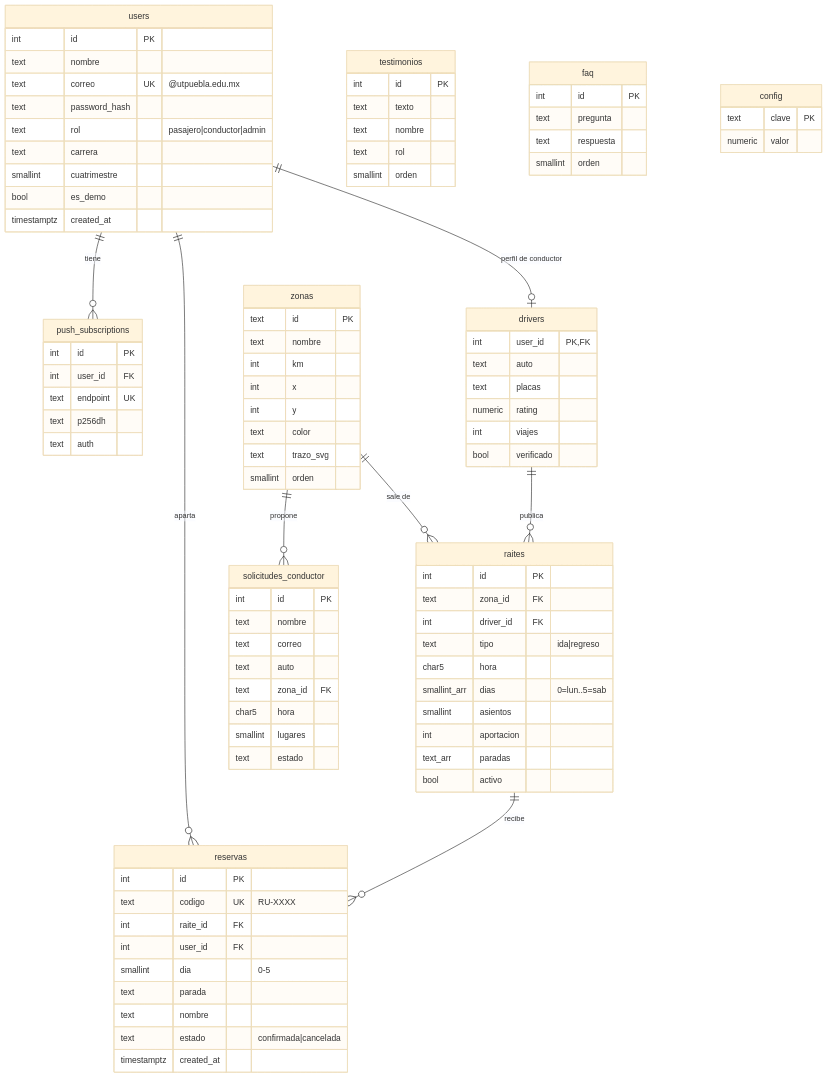
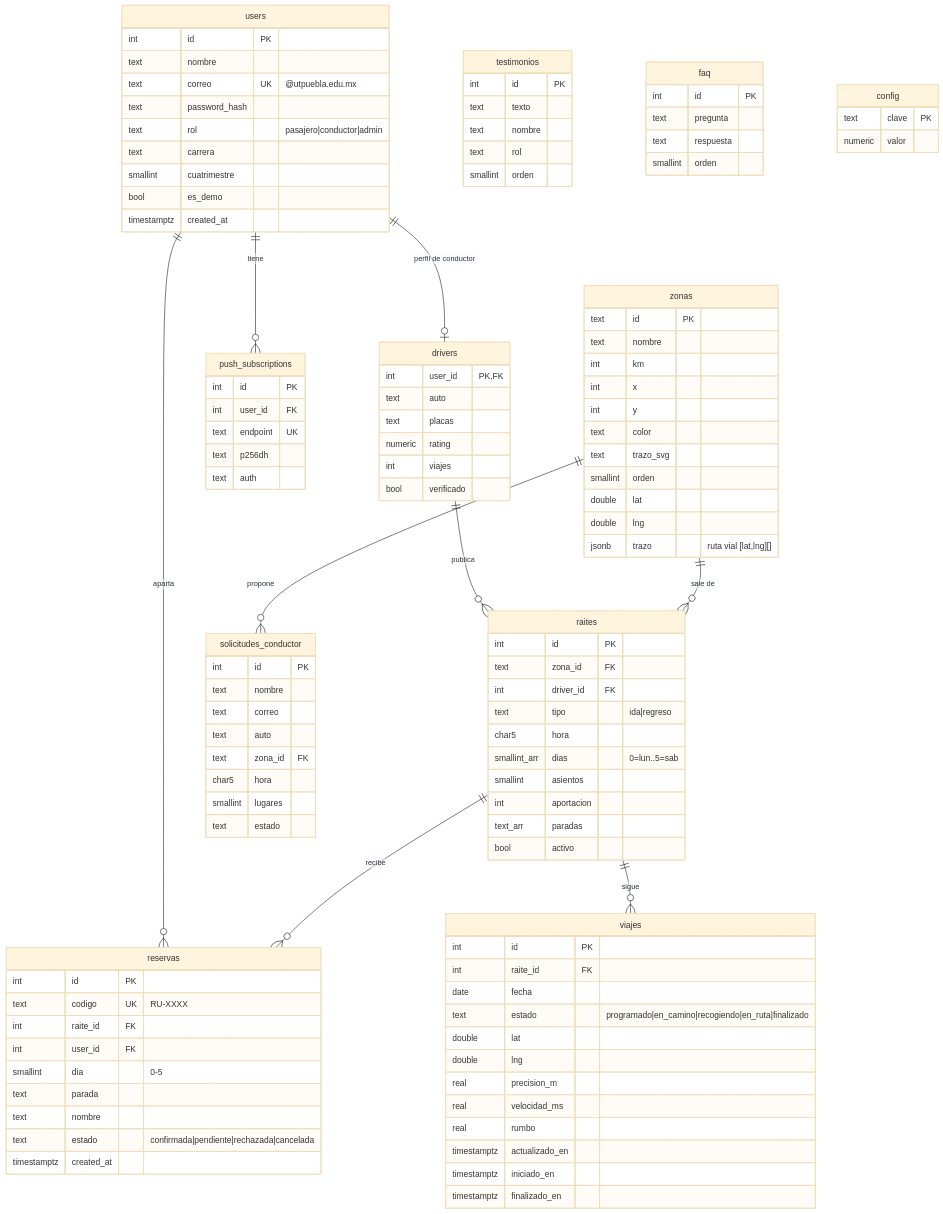
The diagram in docs/modelo-datos.md (netfoor/pwa-rodando-utp), drawn with Mermaid (base theme) before and after one commit. The commit also changed other lines of this file and 30 other files, not shown here.

````diff
--- a/docs/modelo-datos.md
+++ b/docs/modelo-datos.md
@@ -9,6 +9,7 @@
   zonas ||--o{ raites : "sale de"
   zonas ||--o{ solicitudes_conductor : "propone"
   raites ||--o{ reservas : "recibe"
+  raites ||--o{ viajes : "sigue"
 
   users {
     int id PK
@@ -38,6 +39,9 @@
     text color
     text trazo_svg
     smallint orden
+    double lat
+    double lng
+    jsonb trazo "ruta vial [lat,lng][]"
   }
   raites {
     int id PK
@@ -59,7 +63,7 @@
     smallint dia "0-5"
     text parada
     text nombre
-    text estado "confirmada|cancelada"
+    text estado "confirmada|pendiente|rechazada|cancelada"
     timestamptz created_at
   }
   testimonios { int id PK  text texto  text nombre  text rol  smallint orden }
@@ -67,4 +71,18 @@
   config { text clave PK  numeric valor }
   push_subscriptions { int id PK  int user_id FK  text endpoint UK  text p256dh  text auth }
   solicitudes_conductor { int id PK  text nombre  text correo  text auto  text zona_id FK  char5 hora  smallint lugares  text estado }
+  viajes {
+    int id PK
+    int raite_id FK
+    date fecha
+    text estado "programado|en_camino|recogiendo|en_ruta|finalizado"
+    double lat
+    double lng
+    real precision_m
+    real velocidad_ms
+    real rumbo
+    timestamptz actualizado_en
+    timestamptz iniciado_en
+    timestamptz finalizado_en
+  }
 ```
````
